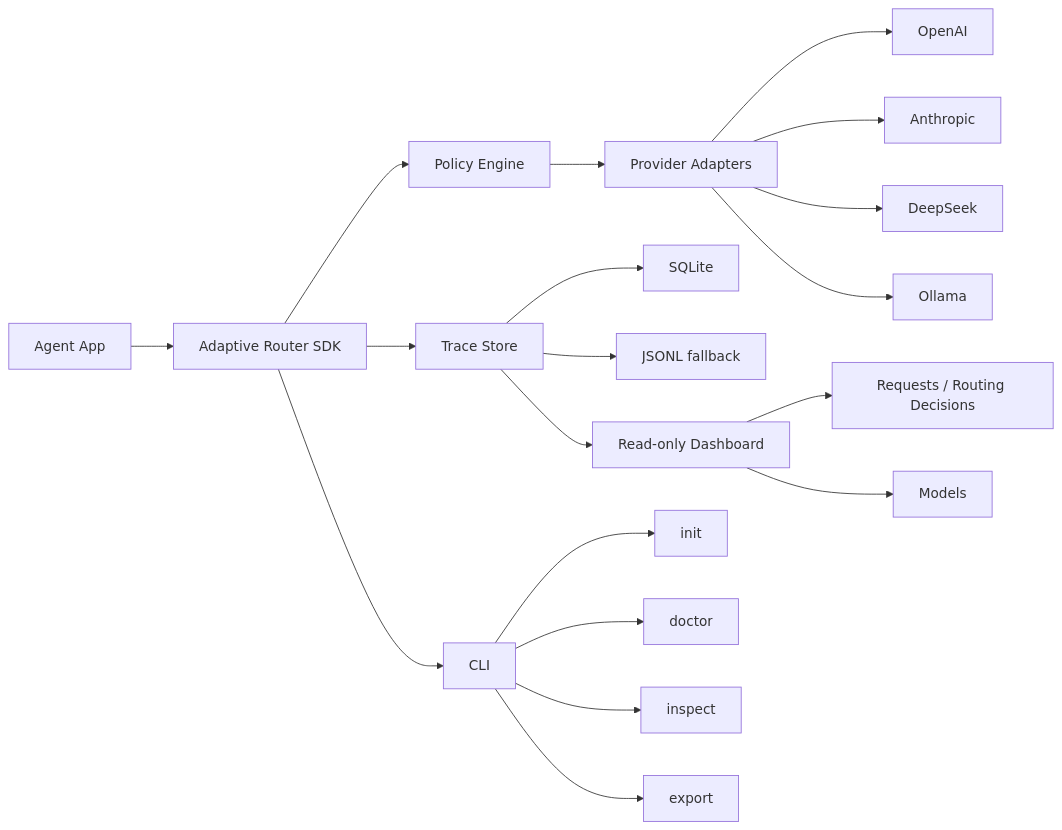
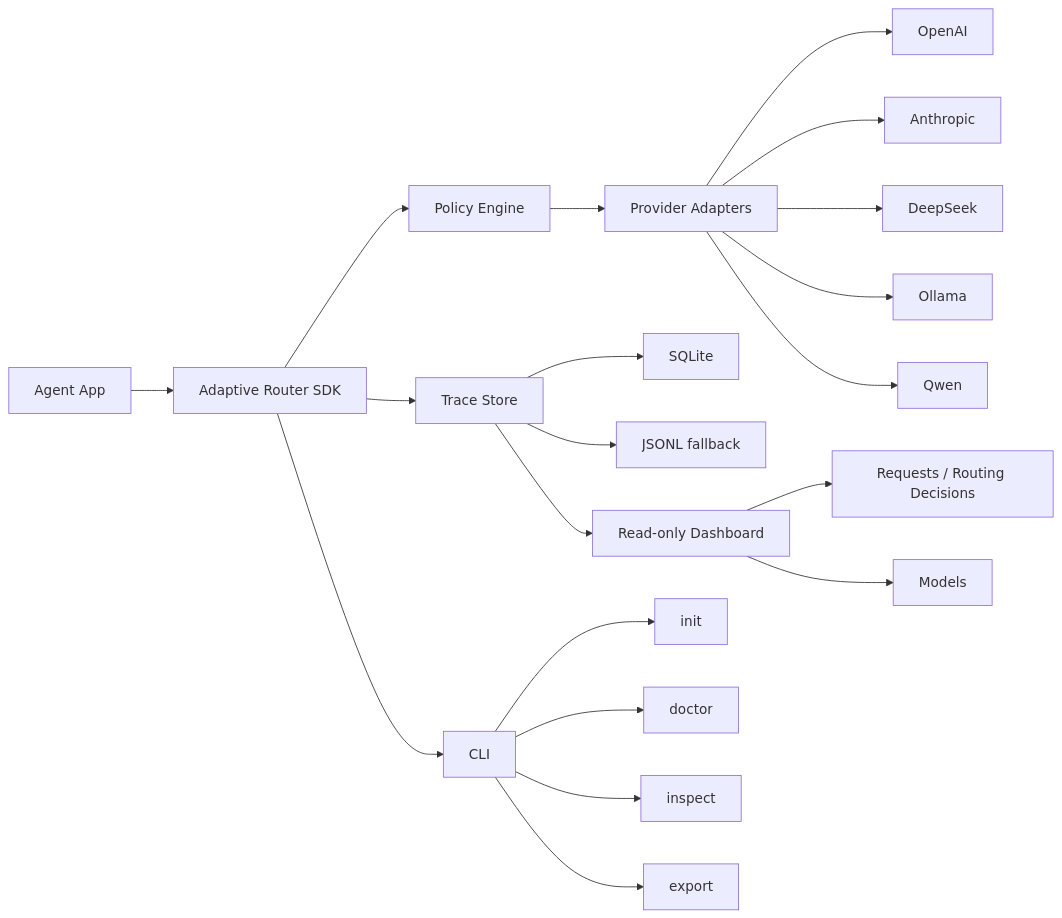
Before and after one commit to guangyang1206/adaptive-model-router: the diagram in README.md, drawn with Mermaid. The commit also changed other lines of this file and 3 other files, not shown here.

````diff
--- a/README.md
+++ b/README.md
@@ -103,21 +105,22 @@
 ```mermaid
 flowchart LR
   A[Agent App] --> B[Adaptive Router SDK]
   B --> C[Policy Engine]
   C --> D[Provider Adapters]
   D --> D1[OpenAI]
   D --> D2[Anthropic]
   D --> D3[DeepSeek]
   D --> D4[Ollama]
+  D --> D5[Qwen]
   B --> E[Trace Store]
   E --> E1[SQLite]
   E --> E2[JSONL fallback]
   E --> F[Read-only Dashboard]
   F --> F1[Requests / Routing Decisions]
   F --> F2[Models]
   B --> G[CLI]
   G --> G1[init]
   G --> G2[doctor]
   G --> G3[inspect]
   G --> G4[export]
 ```
````
